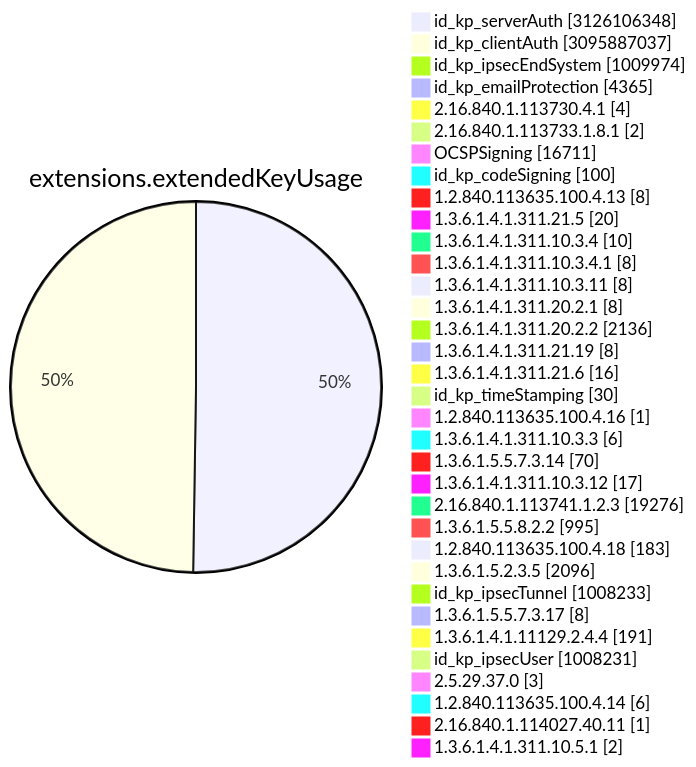
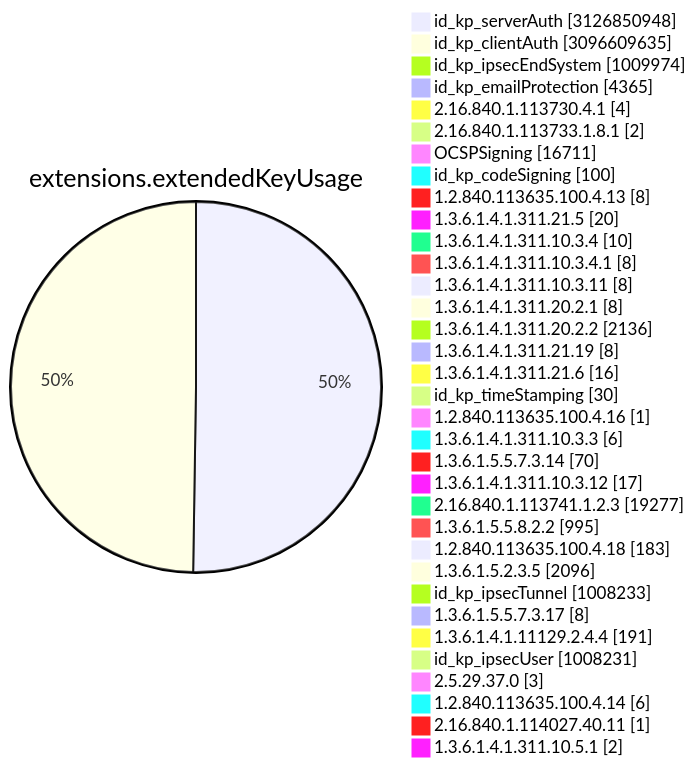
One commit to christiankrug/ctmonitor_visualization changed diagram 11 of 15 in TOTAL/README.md. Above: the diagram before and after it, drawn with Mermaid. The commit also changed other lines of this file, not shown here.

````diff
--- a/TOTAL/README.md
+++ b/TOTAL/README.md
@@ -4117,38 +4117,38 @@
 ```mermaid
 pie showData
 title extensions.extendedKeyUsage
-"id_kp_serverAuth" :3126106348
-"id_kp_clientAuth" :3095887037
+"id_kp_serverAuth" :3126850948
+"id_kp_clientAuth" :3096609635
 "id_kp_ipsecEndSystem" :1009974
 "id_kp_emailProtection" :4365
 "2.16.840.1.113730.4.1" :4
 "2.16.840.1.113733.1.8.1" :2
 "OCSPSigning" :16711
 "id_kp_codeSigning" :100
 "1.2.840.113635.100.4.13" :8
 "1.3.6.1.4.1.311.21.5" :20
 "1.3.6.1.4.1.311.10.3.4" :10
 "1.3.6.1.4.1.311.10.3.4.1" :8
 "1.3.6.1.4.1.311.10.3.11" :8
 "1.3.6.1.4.1.311.20.2.1" :8
 "1.3.6.1.4.1.311.20.2.2" :2136
 "1.3.6.1.4.1.311.21.19" :8
 "1.3.6.1.4.1.311.21.6" :16
 "id_kp_timeStamping" :30
 "1.2.840.113635.100.4.16" :1
 "1.3.6.1.4.1.311.10.3.3" :6
 "1.3.6.1.5.5.7.3.14" :70
 "1.3.6.1.4.1.311.10.3.12" :17
-"2.16.840.1.113741.1.2.3" :19276
+"2.16.840.1.113741.1.2.3" :19277
 "1.3.6.1.5.5.8.2.2" :995
 "1.2.840.113635.100.4.18" :183
 "1.3.6.1.5.2.3.5" :2096
 "id_kp_ipsecTunnel" :1008233
 "1.3.6.1.5.5.7.3.17" :8
 "1.3.6.1.4.1.11129.2.4.4" :191
 "id_kp_ipsecUser" :1008231
 "2.5.29.37.0" :3
 "1.2.840.113635.100.4.14" :6
 "2.16.840.1.114027.40.11" :1
 "1.3.6.1.4.1.311.10.5.1" :2
 ```
````
